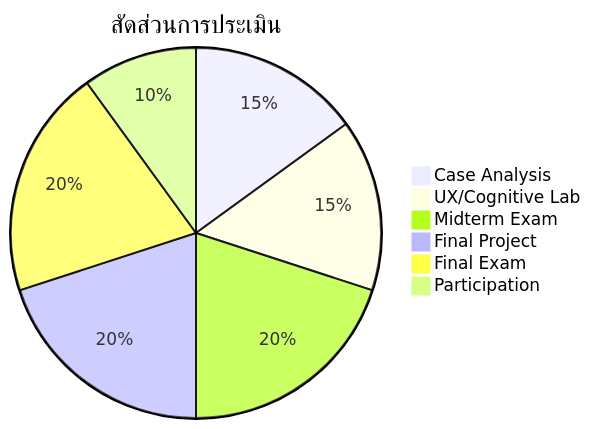
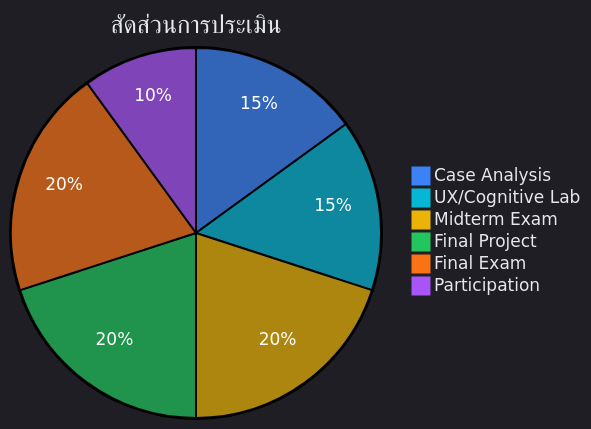
One commit to nutthakorn7/kmutnb-fte-portfolio changed the diagram in teaching-plans/020527112_psychology.md. Above: the diagram before and after it, drawn with Mermaid. The commit also changed 5 other files, not shown here.

Commit message:
Unify dark theme: bright Mermaid colors across all pages (README, research plan, 4 teaching plans)

````diff
--- a/teaching-plans/020527112_psychology.md
+++ b/teaching-plans/020527112_psychology.md
@@ -62,9 +62,10 @@
 ```mermaid
+%%{init: {'theme': 'dark', 'themeVariables': {'pie1': '#3b82f6', 'pie2': '#06b6d4', 'pie3': '#eab308', 'pie4': '#22c55e', 'pie5': '#f97316', 'pie6': '#a855f7', 'pieTitleTextColor': '#e5e7eb', 'pieSectionTextColor': '#fff', 'pieLegendTextColor': '#e5e7eb'}}}%%
 pie title สัดส่วนการประเมิน
     "Case Analysis" : 15
     "UX/Cognitive Lab" : 15
     "Midterm Exam" : 20
     "Final Project" : 20
     "Final Exam" : 20
     "Participation" : 10
 ```
````
